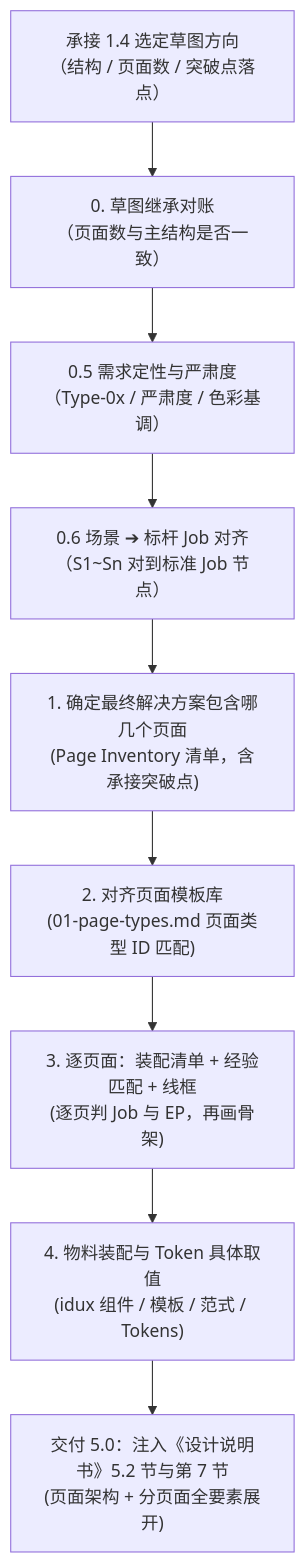
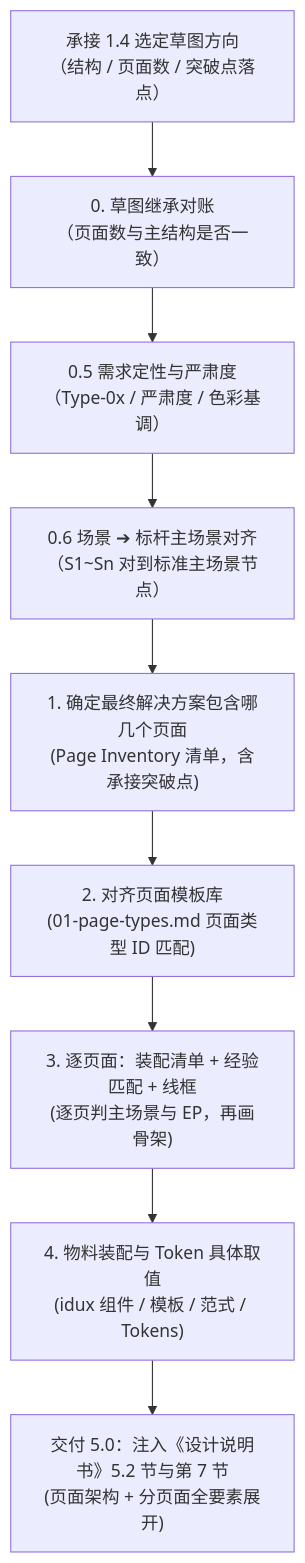
The diagram in 01-system-solution-design/④布局与结构/4.1-业务页面框架选型指引.md (wangjue2026/skill-designer-prism), drawn with Mermaid before and after one commit. The commit also changed other lines of this file and 24 other files, not shown here.

````diff
--- a/01-system-solution-design/④布局与结构/4.1-业务页面框架选型指引.md
+++ b/01-system-solution-design/④布局与结构/4.1-业务页面框架选型指引.md
@@ -15,12 +15,12 @@
 ```mermaid
 graph TD
     Sketch["承接 1.4 选定草图方向<br>（结构 / 页面数 / 突破点落点）"] --> Recon["0. 草图继承对账<br>（页面数与主结构是否一致）"]
     Recon --> Qual["0.5 需求定性与严肃度<br>（Type-0x / 严肃度 / 色彩基调）"]
-    Qual --> JobMap["0.6 场景 ➔ 标杆 Job 对齐<br>（S1~Sn 对到标准 Job 节点）"]
-    JobMap --> S4_1["1. 确定最终解决方案包含哪几个页面<br>(Page Inventory 清单，含承接突破点)"]
+    Qual --> 主场景Map["0.6 场景 ➔ 标杆主场景对齐<br>（S1~Sn 对到标准主场景节点）"]
+    主场景Map --> S4_1["1. 确定最终解决方案包含哪几个页面<br>(Page Inventory 清单，含承接突破点)"]
     S4_1 --> S4_2["2. 对齐页面模板库<br>(01-page-types.md 页面类型 ID 匹配)"]
-    S4_2 --> S4_3["3. 逐页面：装配清单 + 经验匹配 + 线框<br>(逐页判 Job 与 EP，再画骨架)"]
+    S4_2 --> S4_3["3. 逐页面：装配清单 + 经验匹配 + 线框<br>(逐页判主场景与 EP，再画骨架)"]
     S4_3 --> S4_4["4. 物料装配与 Token 具体取值<br>(idux 组件 / 模板 / 范式 / Tokens)"]
 
     S4_4 --> Deliverable["交付 5.0：注入《设计说明书》5.2 节与第 7 节<br>(页面架构 + 分页面全要素展开)"]
 ```
````
